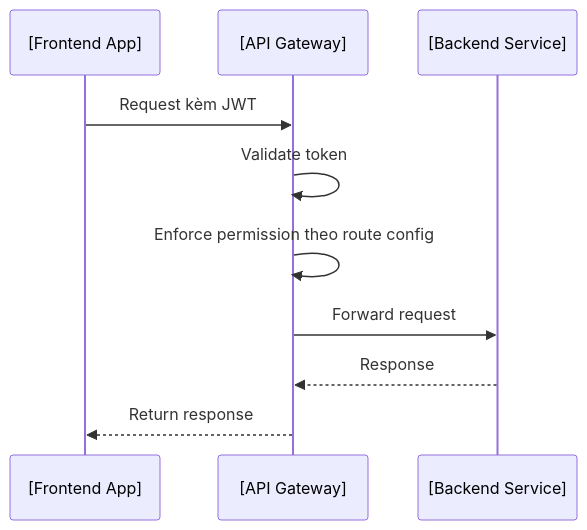
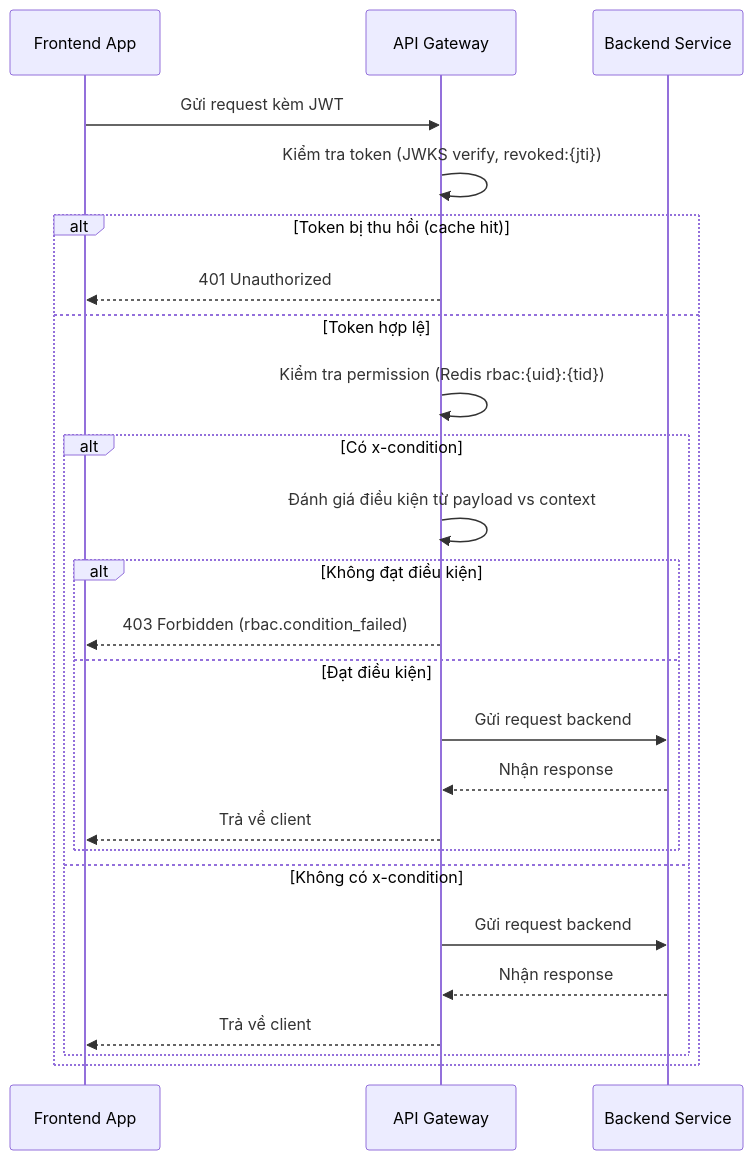
Before and after one commit to ezdesign-vn/dx-vas: the diagram in docs/services/api-gateway/design.md, drawn with Mermaid. The commit also changed other lines of this file and 2 other files, not shown here.

Commit message:
update services index with status and update api-gateway service

````diff
--- a/docs/services/api-gateway/design.md
+++ b/docs/services/api-gateway/design.md
@@ -95,13 +193,28 @@
 ```mermaid
 sequenceDiagram
-  participant FE as [Frontend App]
-  participant GW as [API Gateway]
-  participant BE as [Backend Service]
+  participant FE as Frontend App
+  participant GW as API Gateway
+  participant BE as Backend Service
 
-  FE->>GW: Request kèm JWT
-  GW->>GW: Validate token
-  GW->>GW: Enforce permission theo route config
-  GW->>BE: Forward request
-  BE-->>GW: Response
-  GW-->>FE: Return response
+  FE->>GW: Gửi request kèm JWT
+  GW->>GW: Kiểm tra token (JWKS verify, revoked:{jti})
+  alt Token bị thu hồi (cache hit)
+    GW-->>FE: 401 Unauthorized
+  else Token hợp lệ
+    GW->>GW: Kiểm tra permission (Redis rbac:{uid}:{tid})
+    alt Có x-condition
+      GW->>GW: Đánh giá điều kiện từ payload vs context
+      alt Không đạt điều kiện
+        GW-->>FE: 403 Forbidden (rbac.condition_failed)
+      else Đạt điều kiện
+        GW->>BE: Gửi request backend
+        BE-->>GW: Nhận response
+        GW-->>FE: Trả về client
+      end
+    else Không có x-condition
+      GW->>BE: Gửi request backend
+      BE-->>GW: Nhận response
+      GW-->>FE: Trả về client
+    end
+  end
 ```
````
